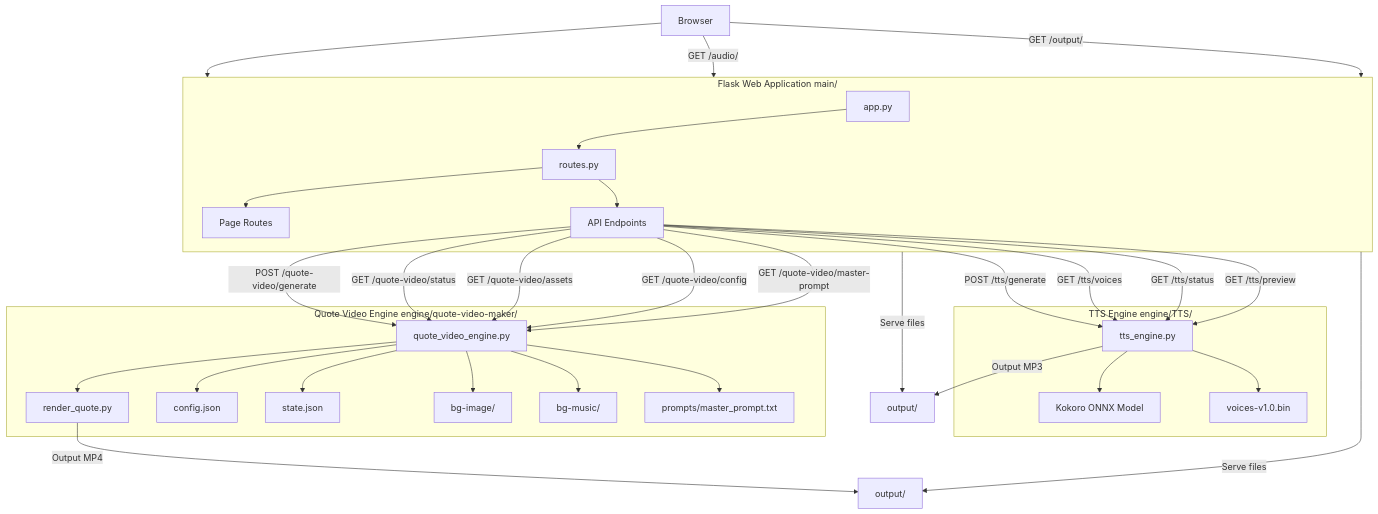
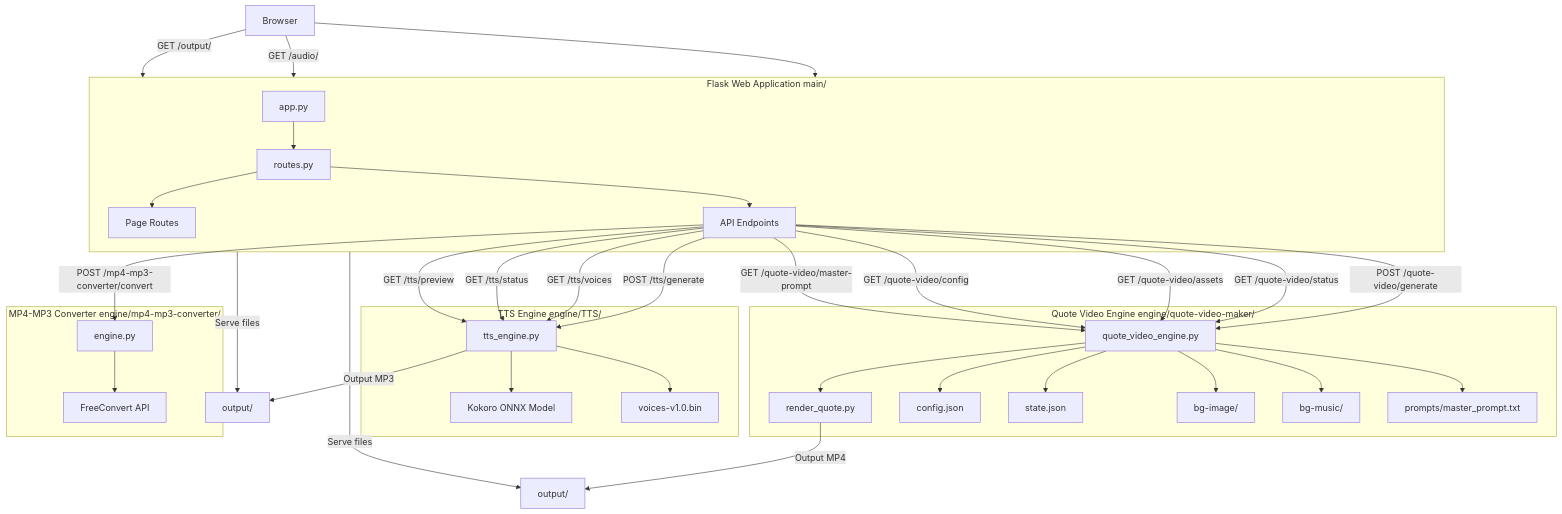
The first of 4 diagrams in .soul/data-flow-architecture.md (Raiz75/automations), drawn with Mermaid before and after one commit. The commit also changed other lines of this file and 4 other files, not shown here.

````diff
--- a/.soul/data-flow-architecture.md
+++ b/.soul/data-flow-architecture.md
@@ -17,55 +17,63 @@
 ```mermaid
 graph TB
     Browser[Browser] --> Flask[Flask App :5001]
     
     subgraph Flask["Flask Web Application main/"]
         App[app.py] --> Routes[routes.py]
         Routes --> Pages[Page Routes]
         Routes --> API[API Endpoints]
     end
     
     subgraph TTS["TTS Engine engine/TTS/"]
         TEngine[tts_engine.py]
         Kokoro[Kokoro ONNX Model]
         Voices[voices-v1.0.bin]
         TEngine --> Kokoro
         TEngine --> Voices
     end
     
     subgraph QV["Quote Video Engine engine/quote-video-maker/"]
         Orchestrator[quote_video_engine.py]
         Renderer[render_quote.py]
         Config[config.json]
         State[state.json]
         Images[bg-image/]
         Music[bg-music/]
         Prompt[prompts/master_prompt.txt]
         
         Orchestrator --> Renderer
         Orchestrator --> Config
         Orchestrator --> State
         Orchestrator --> Images
         Orchestrator --> Music
         Orchestrator --> Prompt
     end
     
+    subgraph MMC["MP4-MP3 Converter engine/mp4-mp3-converter/"]
+        MCEngine[engine.py]
+        FreeConvert[FreeConvert API]
+        MCEngine --> FreeConvert
+    end
+    
     API -->|POST /tts/generate| TEngine
     API -->|GET /tts/voices| TEngine
     API -->|GET /tts/status| TEngine
     API -->|GET /tts/preview| TEngine
     
     API -->|POST /quote-video/generate| Orchestrator
     API -->|GET /quote-video/status| Orchestrator
     API -->|GET /quote-video/assets| Orchestrator
     API -->|GET /quote-video/config| Orchestrator
     API -->|GET /quote-video/master-prompt| Orchestrator
     
-    Renderer -->|Output MP4| OutputVid[output/]
+    API -->|POST /mp4-mp3-converter/convert| MCEngine
+
+Renderer -->|Output MP4| OutputVid[output/]
     TEngine -->|Output MP3| OutputAudio[output/]
     
     Flask -->|Serve files| OutputVid
     Flask -->|Serve files| OutputAudio
     
     Browser -->|GET /audio/<file>| Flask
     Browser -->|GET /output/<file>| Flask
 ```
````
